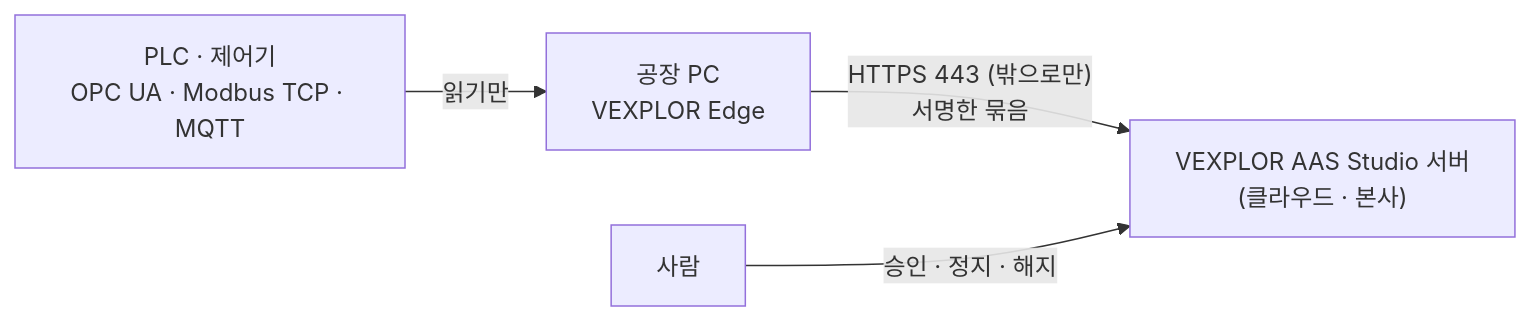
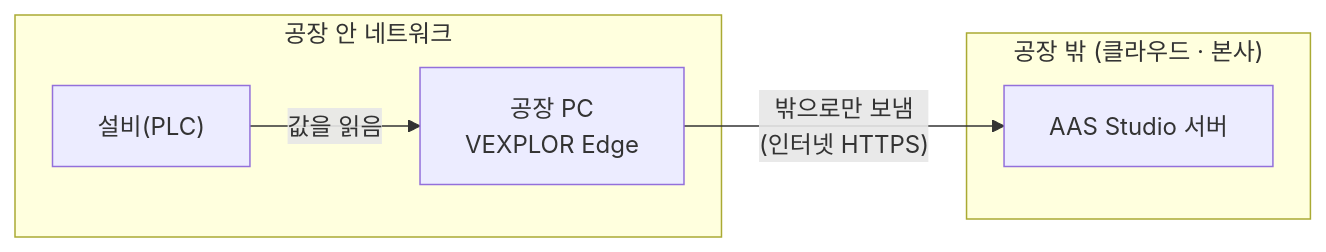
The second of 4 diagrams in docs/사용법.md (waceinc/vexplor-edge), drawn with Mermaid before and after one commit. The commit also changed other lines of this file and 11 other files, not shown here.

First line of the commit message:
VEXPLOR Edge 1.0.1 — 끊긴 설비 연결 자동 재연결 · 설비 연결과 수집 설명 · 서버 위치별 안내 (#4)

````diff
--- a/docs/사용법.md
+++ b/docs/사용법.md
@@ -40,6 +71,10 @@
 ```mermaid
 flowchart LR
-  PLC["PLC · 제어기<br/>OPC UA · Modbus TCP · MQTT"] -- 읽기만 --> EDGE["공장 PC<br/>VEXPLOR Edge"]
-  EDGE -- "HTTPS 443 (밖으로만)<br/>서명한 묶음" --> SERVER["VEXPLOR AAS Studio 서버<br/>(클라우드 · 본사)"]
-  PERSON["사람"] -- "승인 · 정지 · 해지" --> SERVER
+  subgraph F["공장 안 네트워크"]
+    PLC["설비(PLC)"] -- "값을 읽음" --> EDGE["공장 PC<br/>VEXPLOR Edge"]
+  end
+  subgraph C["공장 밖 (클라우드 · 본사)"]
+    SRV["AAS Studio 서버"]
+  end
+  EDGE -- "밖으로만 보냄<br/>(인터넷 HTTPS)" --> SRV
 ```
````
